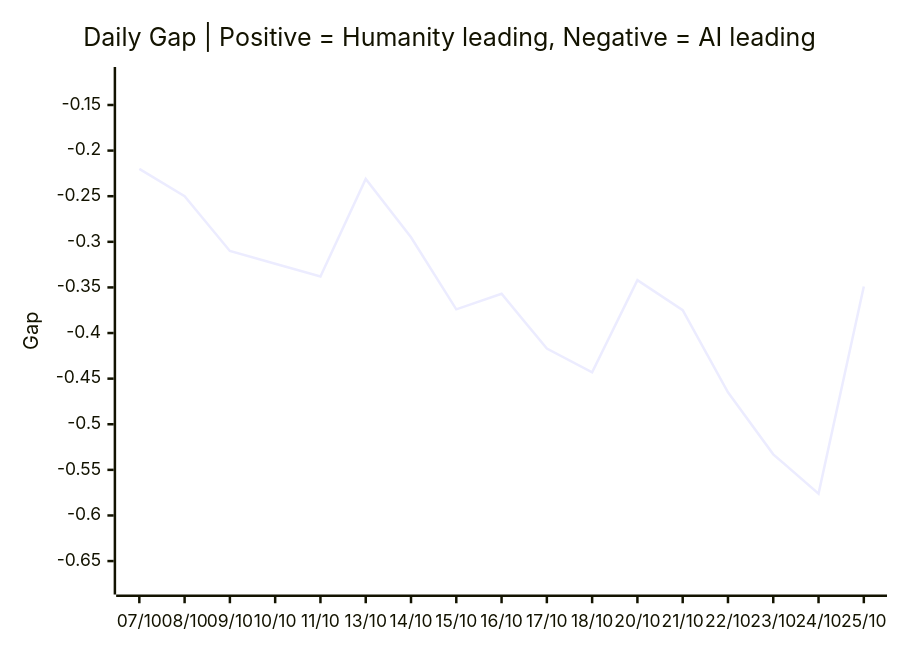
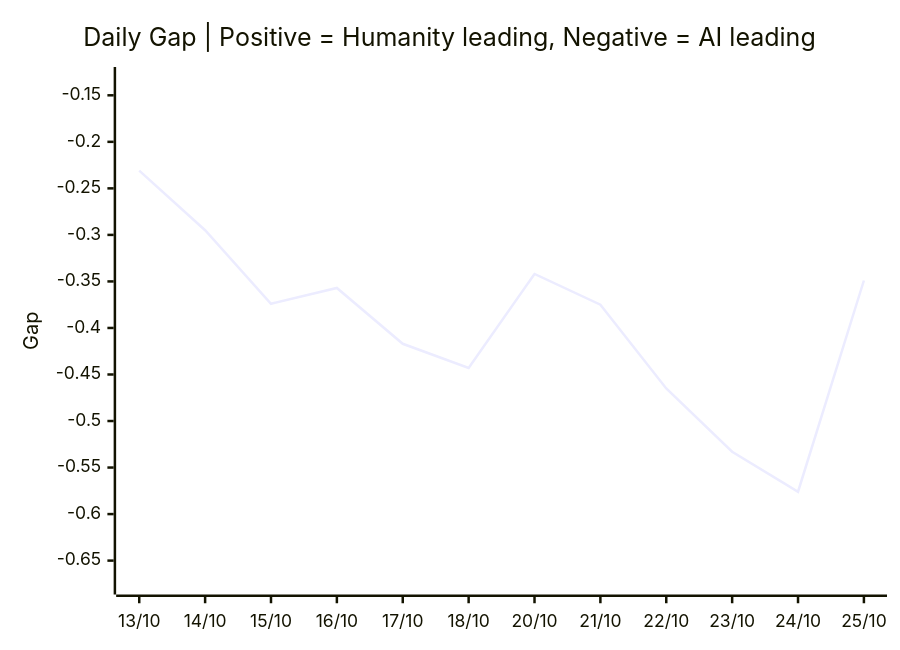
Before and after one commit to VQQLK/Human-AI-Monitor: the third of 3 diagrams in README.md, drawn with Mermaid. The commit also changed other lines of this file and 2 other files, not shown here.

Commit message:
chore: sync latest [skip ci]

````diff
--- a/README.md
+++ b/README.md
@@ -55,7 +55,7 @@
 ```mermaid
 xychart-beta
     title "Daily Gap | Positive = Humanity leading, Negative = AI leading"
-    x-axis ["07/10", "08/10", "09/10", "10/10", "11/10", "13/10", "14/10", "15/10", "16/10", "17/10", "18/10", "20/10", "21/10", "22/10", "23/10", "24/10", "25/10"]
-    y-axis "Gap" -0.675 --> -0.120
-    line [-0.220, -0.250, -0.310, -0.324, -0.338, -0.231, -0.295, -0.374, -0.357, -0.417, -0.443, -0.342, -0.375, -0.465, -0.533, -0.576, -0.349]
+    x-axis ["13/10", "14/10", "15/10", "16/10", "17/10", "18/10", "20/10", "21/10", "22/10", "23/10", "24/10", "25/10"]
+    y-axis "Gap" -0.675 --> -0.131
+    line [-0.231, -0.295, -0.374, -0.357, -0.417, -0.443, -0.342, -0.375, -0.465, -0.533, -0.576, -0.349]
 ```
````
